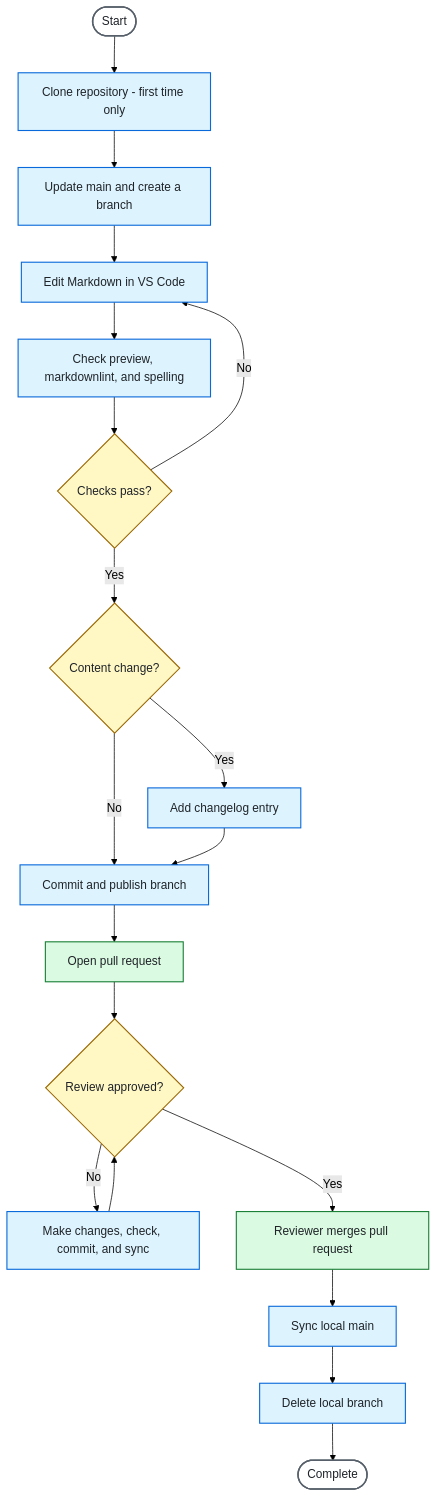
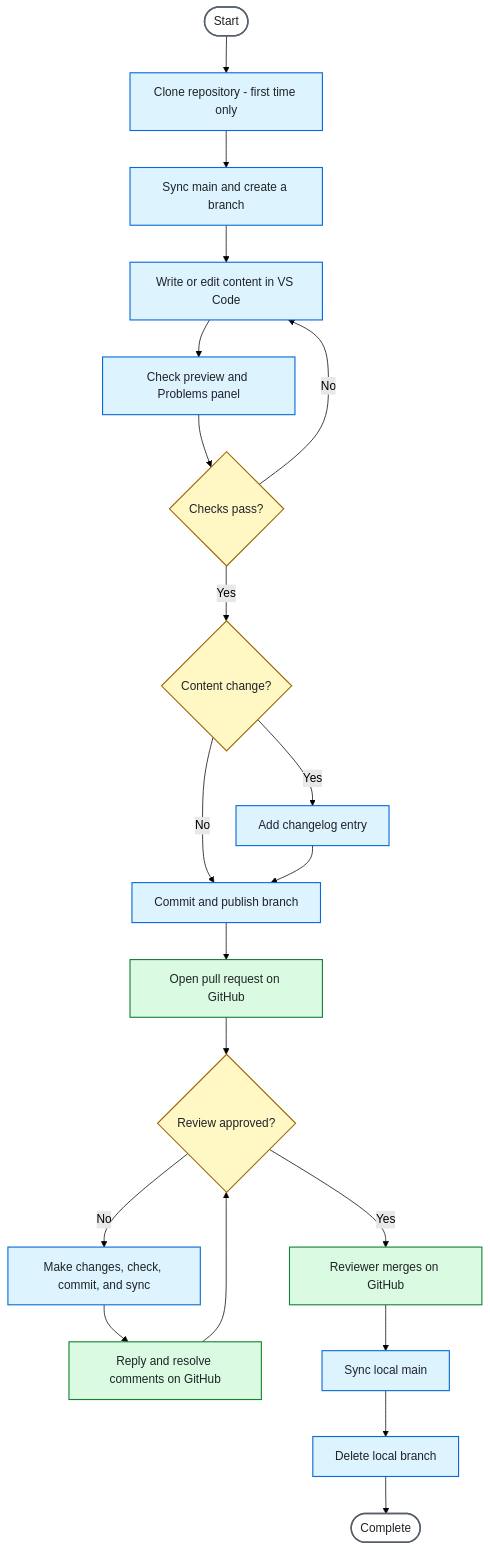
Before and after one commit to georgialainiotis/docs-contribution-sop-sample: the diagram in CONTRIBUTING.md, drawn with Mermaid (forest theme). The commit also changed other lines of this file and 1 other file, not shown here.

````diff
--- a/CONTRIBUTING.md
+++ b/CONTRIBUTING.md
@@ -144,30 +147,31 @@
 ```mermaid
 flowchart TD
     A([Start]) --> B[Clone repository - first time only]
-    B --> C[Update main and create a branch]
-    C --> D[Edit Markdown in VS Code]
-    D --> E[Check preview, markdownlint, and spelling]
+    B --> C[Sync main and create a branch]
+    C --> D[Write or edit content in VS Code]
+    D --> E[Check preview and Problems panel]
     E --> F{Checks pass?}
     F -- No --> D
     F -- Yes --> P{Content change?}
     P -- Yes --> O[Add changelog entry]
     P -- No --> G[Commit and publish branch]
     O --> G
-    G --> H[Open pull request]
+    G --> H[Open pull request on GitHub]
     H --> I{Review approved?}
     I -- No --> J[Make changes, check, commit, and sync]
-    J --> I
-    I -- Yes --> K[Reviewer merges pull request]
+    J --> R[Reply and resolve comments on GitHub]
+    R --> I
+    I -- Yes --> K[Reviewer merges on GitHub]
     K --> L[Sync local main]
     L --> M[Delete local branch]
     M --> N([Complete])
 
     classDef endpoint fill:#ffffff,stroke:#57606a,stroke-width:2px,color:#1f2328
     classDef local fill:#ddf4ff,stroke:#0969da,stroke-width:1.5px,color:#1f2328
     classDef remote fill:#dafbe1,stroke:#1a7f37,stroke-width:1.5px,color:#1f2328
     classDef decision fill:#fff8c5,stroke:#9a6700,stroke-width:1.5px,color:#1f2328
     class A,N endpoint
     class B,C,D,E,O,G,J,L,M local
-    class H,K remote
+    class H,R,K remote
     class F,P,I decision
 ```
````
